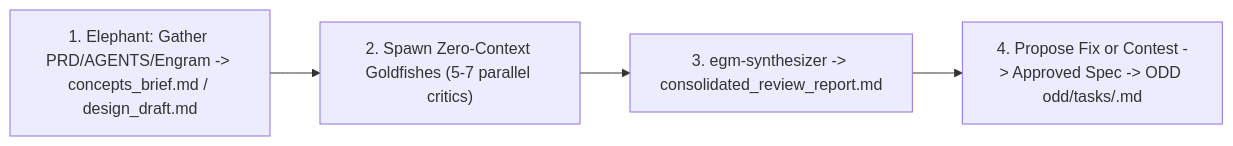
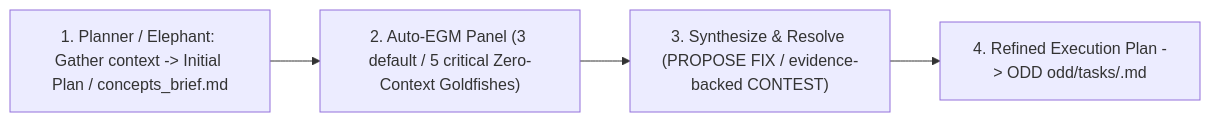
Before and after one commit to NastaFour/skillsGV: the diagram in 01-planning-process/egm-spec-review/SKILL.md, drawn with Mermaid. The commit also changed other lines of this file and 10 other files, not shown here.

First line of the commit message:
feat(odd): add mandatory Auto-EGM Plan Gate for large and heavy-logic plans

````diff
--- a/01-planning-process/egm-spec-review/SKILL.md
+++ b/01-planning-process/egm-spec-review/SKILL.md
@@ -23,6 +37,6 @@
 ```mermaid
 flowchart LR
-  A["1. Elephant: Gather PRD/AGENTS/Engram -> concepts_brief.md / design_draft.md"] --> B["2. Spawn Zero-Context Goldfishes (5-7 parallel critics)"]
-  B --> C["3. egm-synthesizer -> consolidated_review_report.md"]
-  C --> D["4. Propose Fix or Contest -> Approved Spec -> ODD odd/tasks/<feature>.md"]
+  A["1. Planner / Elephant: Gather context -> Initial Plan / concepts_brief.md"] --> B["2. Auto-EGM Panel (3 default / 5 critical Zero-Context Goldfishes)"]
+  B --> C["3. Synthesize & Resolve (PROPOSE FIX / evidence-backed CONTEST)"]
+  C --> D["4. Refined Execution Plan -> ODD odd/tasks/<feature>.md"]
 ```
````
